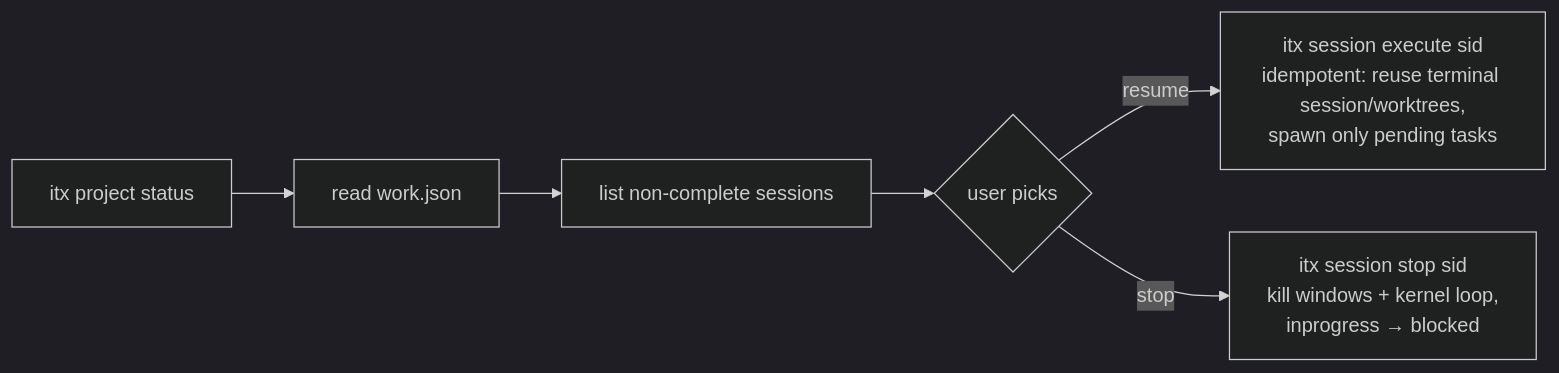
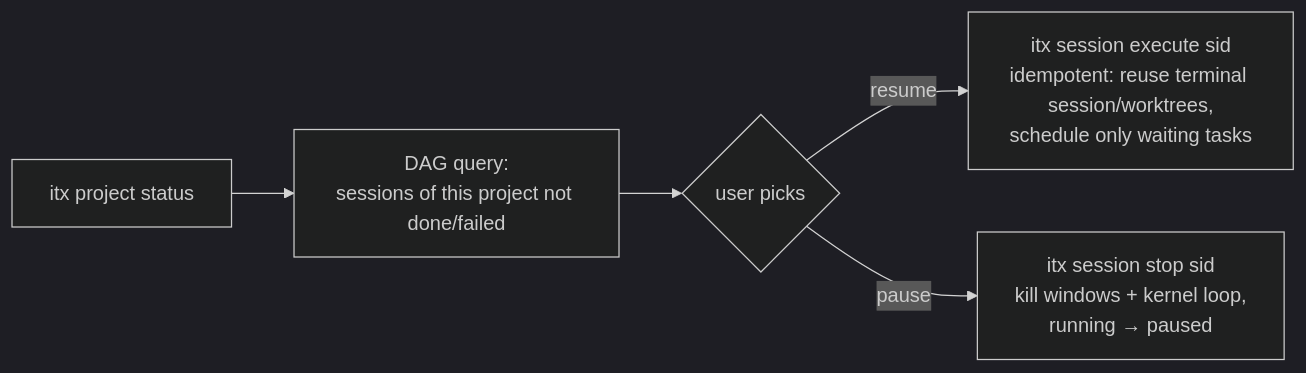
Before and after one commit to ric03uec/itx: the seventh of 7 diagrams in design/arch.md, drawn with Mermaid (dark theme). The commit also changed other lines of this file and 4 other files, not shown here.

First line of the commit message:
docs: recenter design on the DAG — single dag.json store with optimistic locking

````diff
--- a/design/arch.md
+++ b/design/arch.md
@@ -166,8 +221,7 @@
 ```mermaid
 flowchart LR
-    A["itx project status"] --> B["read work.json"]
-    B --> C["list non-complete sessions"]
-    C --> D{"user picks"}
-    D -->|resume| E["itx session execute sid<br/>idempotent: reuse terminal session/worktrees,<br/>spawn only pending tasks"]
-    D -->|stop| F["itx session stop sid<br/>kill windows + kernel loop,<br/>inprogress → blocked"]
+    A["itx project status"] --> B["DAG query:<br/>sessions of this project not done/failed"]
+    B --> C{"user picks"}
+    C -->|resume| D["itx session execute sid<br/>idempotent: reuse terminal session/worktrees,<br/>schedule only waiting tasks"]
+    C -->|pause| E["itx session stop sid<br/>kill windows + kernel loop,<br/>running → paused"]
 ```
````
